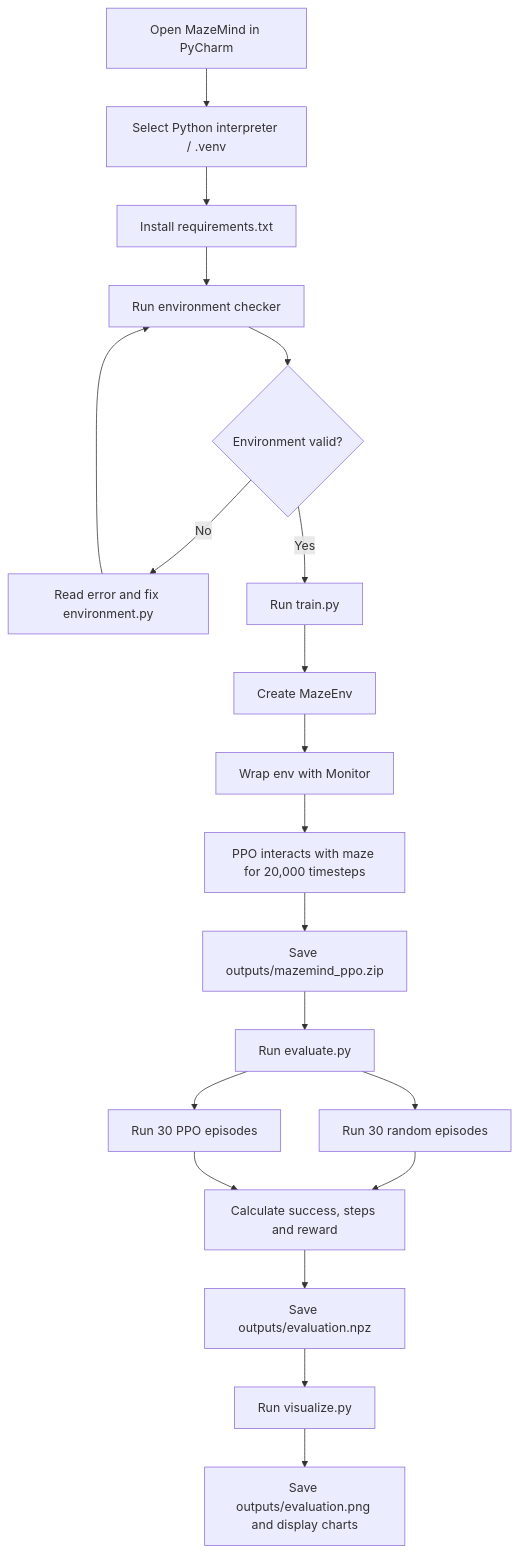
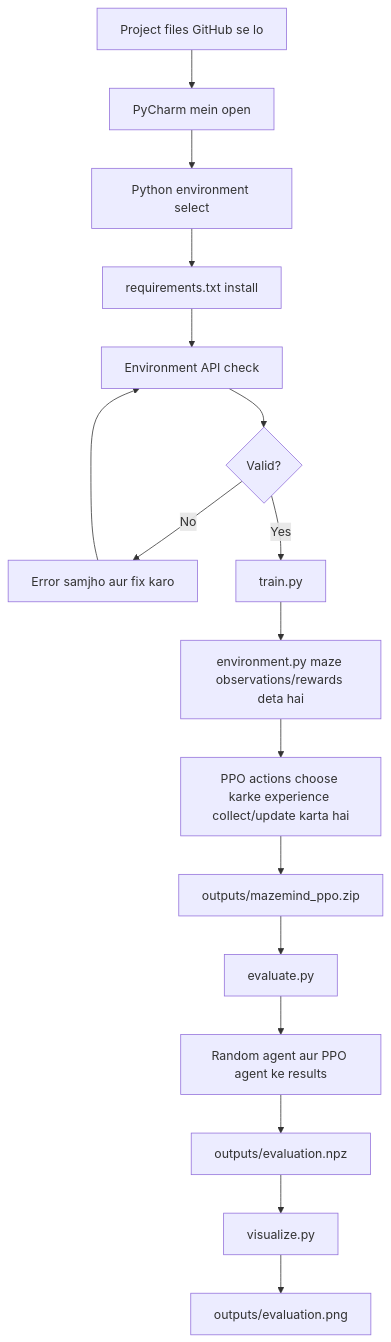
The first of 2 diagrams in docs/00-project-flow.md (ADxSD-143/MazeMind), drawn with Mermaid before and after one commit. The commit also changed other lines of this file, not shown here.

Commit message:
Rewrite docs/00-project-flow.md as detailed beginner guide

````diff
--- a/docs/00-project-flow.md
+++ b/docs/00-project-flow.md
@@ -13,22 +45,19 @@
 ```mermaid
 flowchart TD
-    A[Open MazeMind in PyCharm] --> B[Select Python interpreter / .venv]
-    B --> C[Install requirements.txt]
-    C --> D[Run environment checker]
-    D --> E{Environment valid?}
-    E -- No --> F[Read error and fix environment.py]
-    F --> D
-    E -- Yes --> G[Run train.py]
-    G --> H[Create MazeEnv]
-    H --> I[Wrap env with Monitor]
-    I --> J[PPO interacts with maze for 20,000 timesteps]
-    J --> K[Save outputs/mazemind_ppo.zip]
-    K --> L[Run evaluate.py]
-    L --> M[Run 30 random episodes]
-    L --> N[Run 30 PPO episodes]
-    M --> O[Calculate success, steps and reward]
-    N --> O
-    O --> P[Save outputs/evaluation.npz]
-    P --> Q[Run visualize.py]
-    Q --> R[Save outputs/evaluation.png and display charts]
+    A[Project files GitHub se lo] --> B[PyCharm mein open]
+    B --> C[Python environment select]
+    C --> D[requirements.txt install]
+    D --> E[Environment API check]
+    E --> F{Valid?}
+    F -- No --> G[Error samjho aur fix karo]
+    G --> E
+    F -- Yes --> H[train.py]
+    H --> I[environment.py maze observations/rewards deta hai]
+    I --> J[PPO actions choose karke experience collect/update karta hai]
+    J --> K[outputs/mazemind_ppo.zip]
+    K --> L[evaluate.py]
+    L --> M[Random agent aur PPO agent ke results]
+    M --> N[outputs/evaluation.npz]
+    N --> O[visualize.py]
+    O --> P[outputs/evaluation.png]
 ```
````
